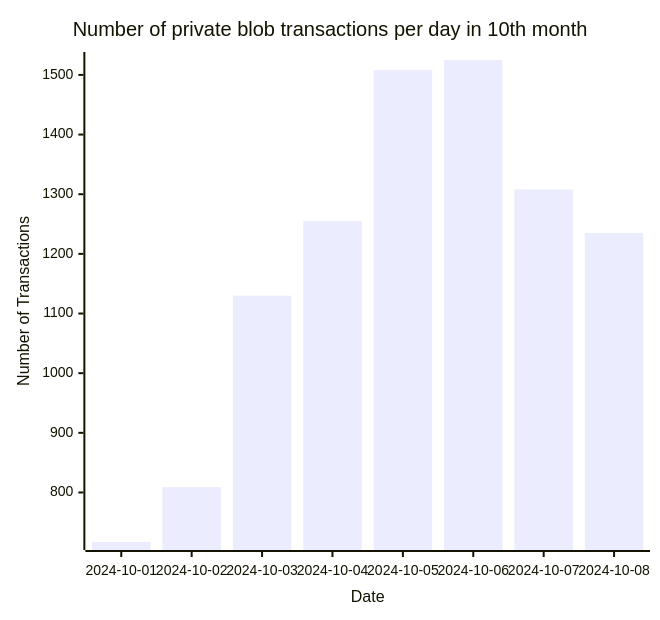
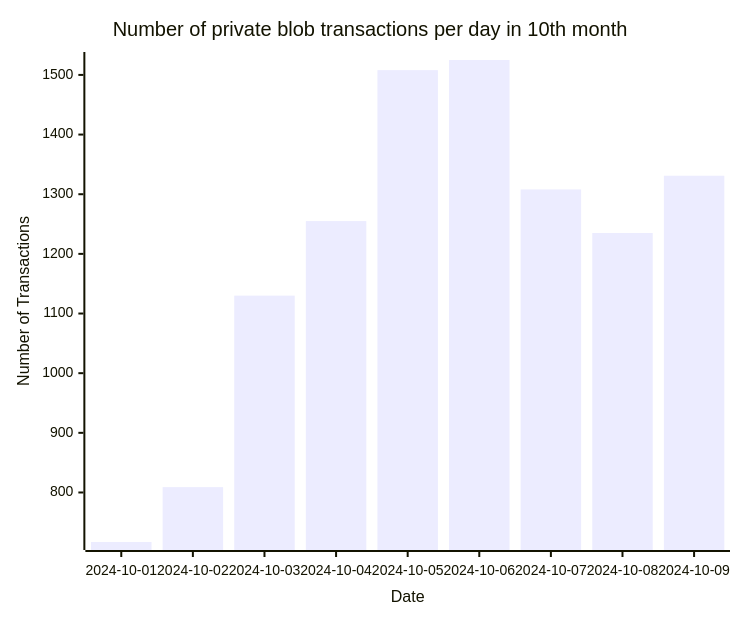
The eighth of 8 diagrams in README.md (Amit0617/eip4844-data), drawn with Mermaid before and after one commit. The commit also changed 1 other file, not shown here.

````diff
--- a/README.md
+++ b/README.md
@@ -92,12 +92,12 @@
 ```mermaid
 ---
 config:
     xyChart:
-        width: 640
+        width: 720
         height: 600
 ---
 xychart-beta title "Number of private blob transactions per day in 10th month"
-x-axis "Date" [2024-10-01,2024-10-02,2024-10-03,2024-10-04,2024-10-05,2024-10-06,2024-10-07,2024-10-08]
+x-axis "Date" [2024-10-01,2024-10-02,2024-10-03,2024-10-04,2024-10-05,2024-10-06,2024-10-07,2024-10-08,2024-10-09]
 y-axis "Number of Transactions"
-bar[717,809,1130,1255,1508,1525,1308,1235]
+bar[717,809,1130,1255,1508,1525,1308,1235,1331]
 ```
````
